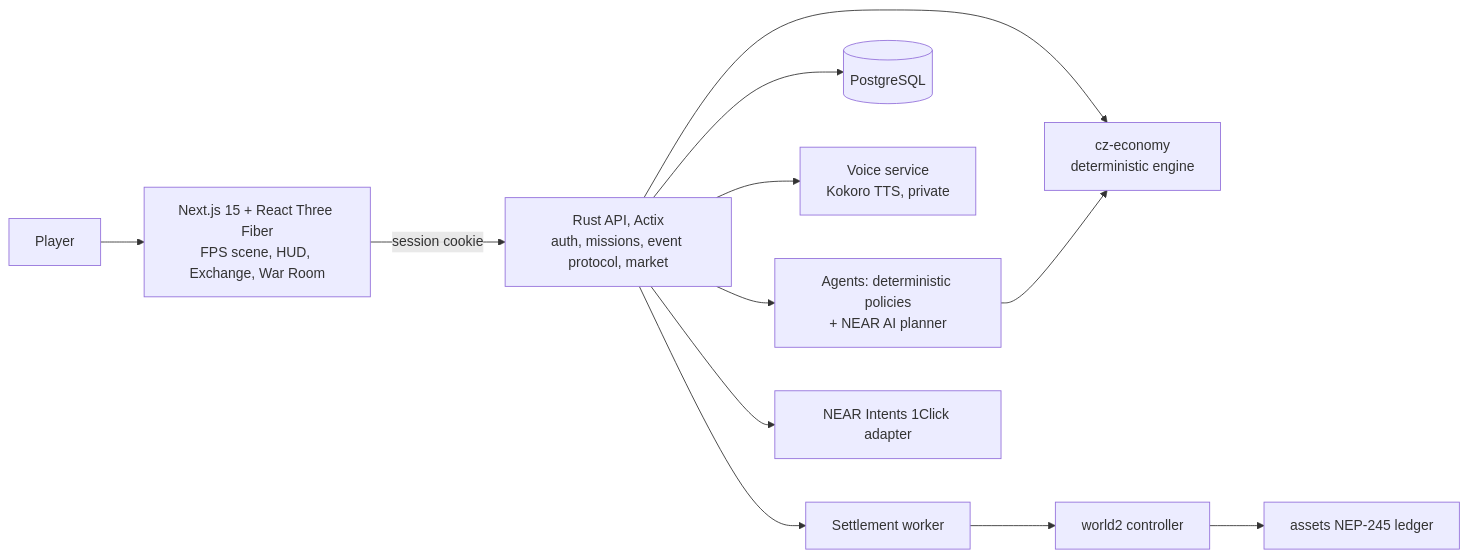
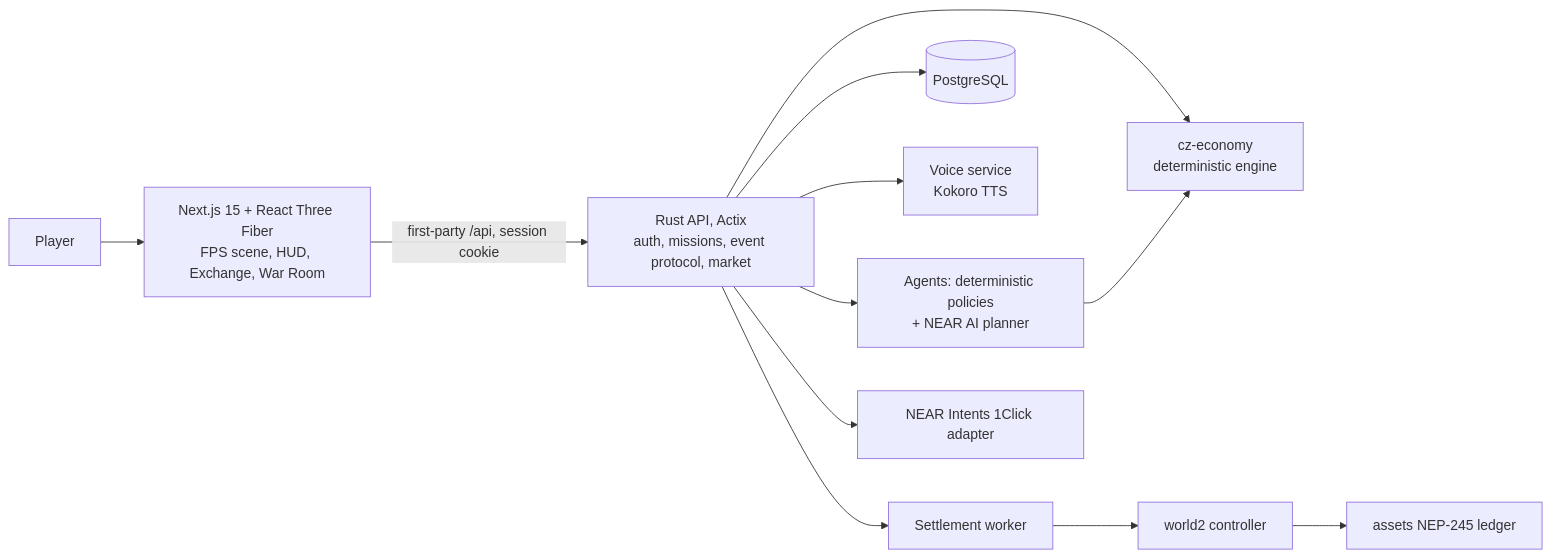
The fifth of 5 diagrams in README.md (Psalmuel01/contract-zero), drawn with Mermaid before and after one commit. The commit also changed other lines of this file and 2 other files, not shown here.

````diff
--- a/README.md
+++ b/README.md
@@ -197,13 +174,13 @@
 ```mermaid
 flowchart LR
   P[Player] --> W[Next.js 15 + React Three Fiber<br/>FPS scene, HUD, Exchange, War Room]
-  W -->|session cookie| API[Rust API, Actix<br/>auth, missions, event protocol, market]
+  W -->|first-party /api, session cookie| API[Rust API, Actix<br/>auth, missions, event protocol, market]
   API --> E[cz-economy<br/>deterministic engine]
   API --> AG[Agents: deterministic policies<br/>+ NEAR AI planner]
   AG --> E
   API --> DB[(PostgreSQL)]
-  API --> V[Voice service<br/>Kokoro TTS, private]
+  API --> V[Voice service<br/>Kokoro TTS]
   API --> SW[Settlement worker]
   SW --> C[world2 controller] --> L[assets NEP-245 ledger]
   API --> IA[NEAR Intents 1Click adapter]
 ```
````
